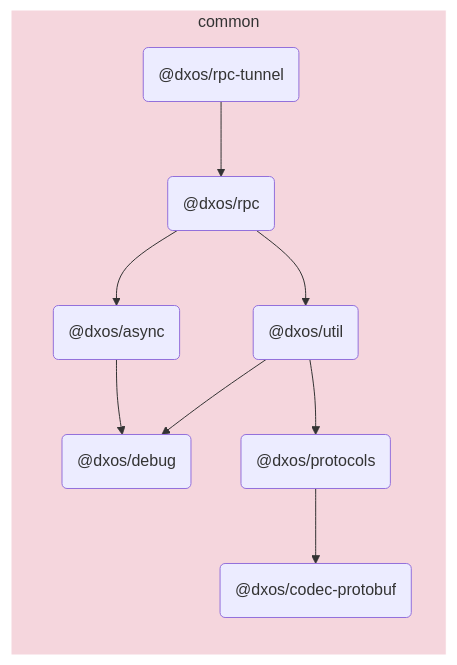
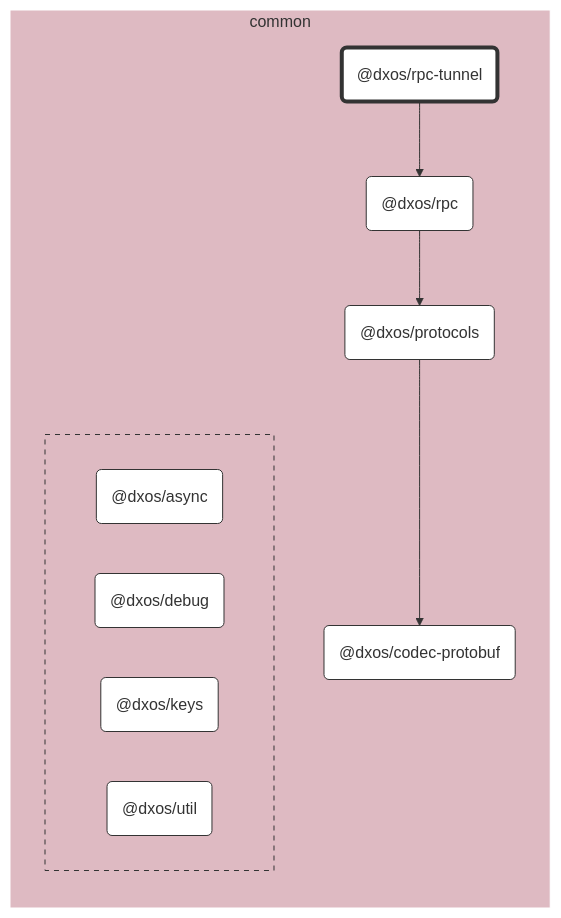
One commit to dxos/dxos changed the diagram in packages/common/rpc-tunnel/docs/README.md. Above: the diagram before and after it, drawn with Mermaid. The commit also changed other lines of this file and 89 other files, not shown here.

````diff
--- a/packages/common/rpc-tunnel/docs/README.md
+++ b/packages/common/rpc-tunnel/docs/README.md
@@ -5,22 +7,54 @@
 ```mermaid
-flowchart LR;
+%%{ init: {'flowchart':{'curve':'basis'}} }%%
 
+flowchart LR
+
+%% Links
+dxos/protocols --> dxos/codec-protobuf;
+dxos/rpc --> dxos/protocols;
+dxos/rpc-tunnel --> dxos/rpc;
+
+%% Sections
 subgraph common
-  style common fill:#f5d6dd,stroke:#fff;
-  dxos/rpc-tunnel("@dxos/rpc-tunnel");
-  dxos/rpc("@dxos/rpc");
-  dxos/async("@dxos/async");
-  dxos/debug("@dxos/debug");
-  dxos/codec-protobuf("@dxos/codec-protobuf");
-  dxos/protocols("@dxos/protocols");
-  dxos/util("@dxos/util");
+  style common fill:#debac2,stroke:#fff;
+
+  dxos/codec-protobuf("@dxos/codec-protobuf")
+  dxos/protocols("@dxos/protocols")
+  dxos/rpc("@dxos/rpc")
+  dxos/rpc-tunnel("@dxos/rpc-tunnel")
+
+  subgraph common-excluded [ ]
+    style common-excluded fill:#debac2,stroke:#333,stroke-dasharray:5 5;
+
+    dxos/async("@dxos/async")
+    dxos/debug("@dxos/debug")
+    dxos/keys("@dxos/keys")
+    dxos/util("@dxos/util")
+  end
 end
 
-dxos/rpc-tunnel --> dxos/rpc;
-dxos/rpc --> dxos/async;
-dxos/async --> dxos/debug;
-dxos/protocols --> dxos/codec-protobuf;
-dxos/rpc --> dxos/util;
-dxos/util --> dxos/debug;
-dxos/util --> dxos/protocols;
+
+%% Hyperlinks
+click dxos/async "dxos/dxos/tree/main/packages/common/async/docs";
+click dxos/codec-protobuf "dxos/dxos/tree/main/packages/common/codec-protobuf/docs";
+click dxos/debug "dxos/dxos/tree/main/packages/common/debug/docs";
+click dxos/keys "dxos/dxos/tree/main/packages/common/keys/docs";
+click dxos/protocols "dxos/dxos/tree/main/packages/common/protocols/docs";
+click dxos/rpc "dxos/dxos/tree/main/packages/common/rpc/docs";
+click dxos/util "dxos/dxos/tree/main/packages/common/util/docs";
+
+%% Styles
+classDef rootNode fill:#fff,stroke:#333,stroke-width:4px
+classDef defaultNode fill:#fff,stroke:#333,stroke-width:1px
+linkStyle default stroke:#333,stroke-width:1px
+
+dxos/rpc-tunnel:::rootNode
+
+dxos/async:::defaultNode
+dxos/codec-protobuf:::defaultNode
+dxos/debug:::defaultNode
+dxos/keys:::defaultNode
+dxos/protocols:::defaultNode
+dxos/rpc:::defaultNode
+dxos/util:::defaultNode
 ```
````
